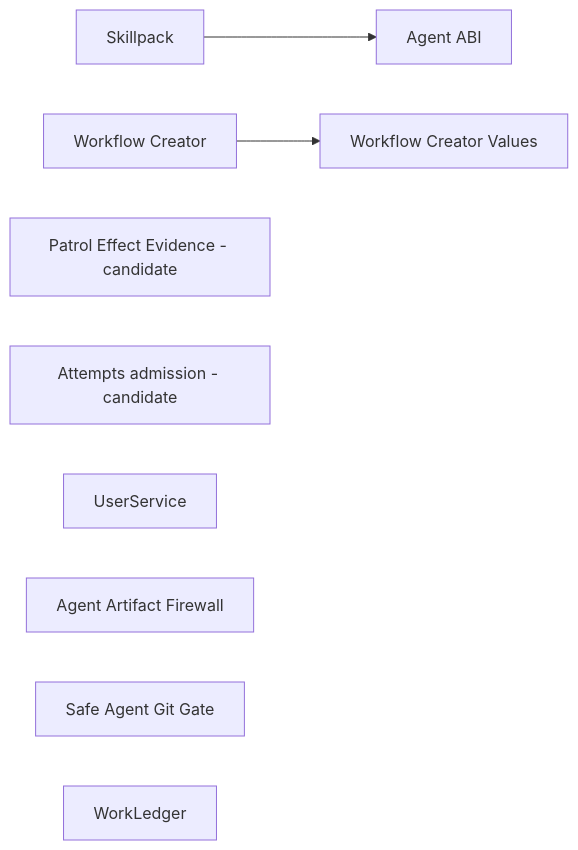
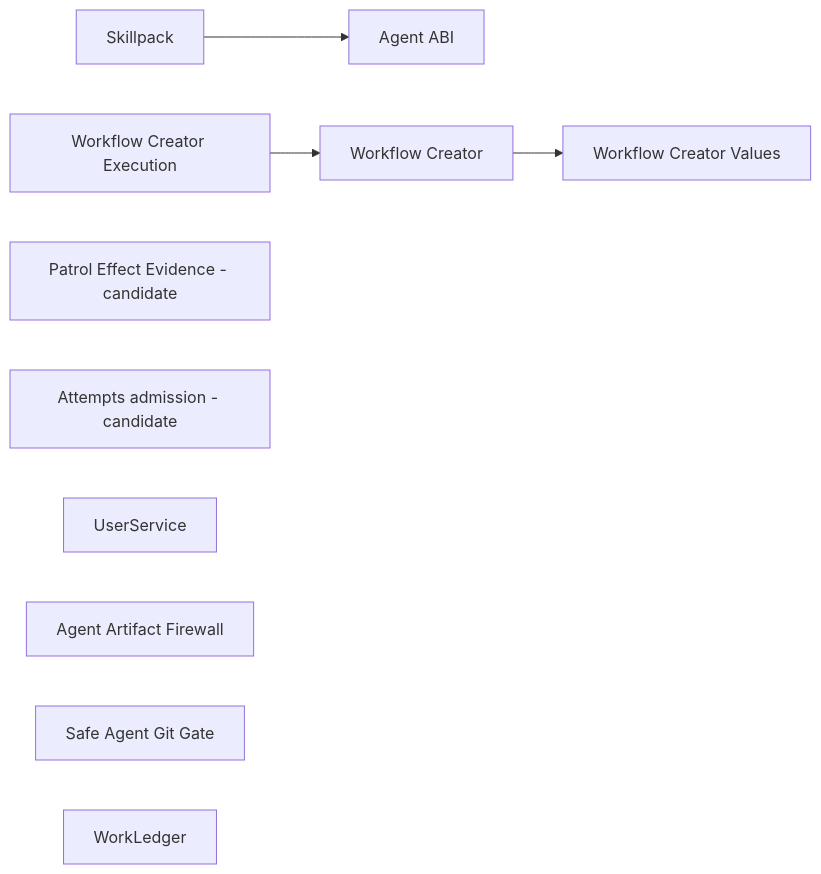
The diagram in wiki/component-boundaries.md (ivankuznetsov/hive), drawn with Mermaid before and after one commit. The commit also changed other lines of this file and 5 other files, not shown here.

Commit message:
feat(packaging): catalog workflow creator execution

````diff
--- a/wiki/component-boundaries.md
+++ b/wiki/component-boundaries.md
@@ -51,11 +53,12 @@
 ```mermaid
 flowchart LR
   skillpack[Skillpack] --> agent_abi[Agent ABI]
+  workflow_execution[Workflow Creator Execution] --> workflow_core[Workflow Creator]
   workflow_core[Workflow Creator] --> workflow_values[Workflow Creator Values]
   patrol_effects[Patrol Effect Evidence - candidate]
   attempts[Attempts admission - candidate]
   user_service[UserService]
   artifact_firewall[Agent Artifact Firewall]
   git_gate[Safe Agent Git Gate]
   work_ledger[WorkLedger]
 ```
````
